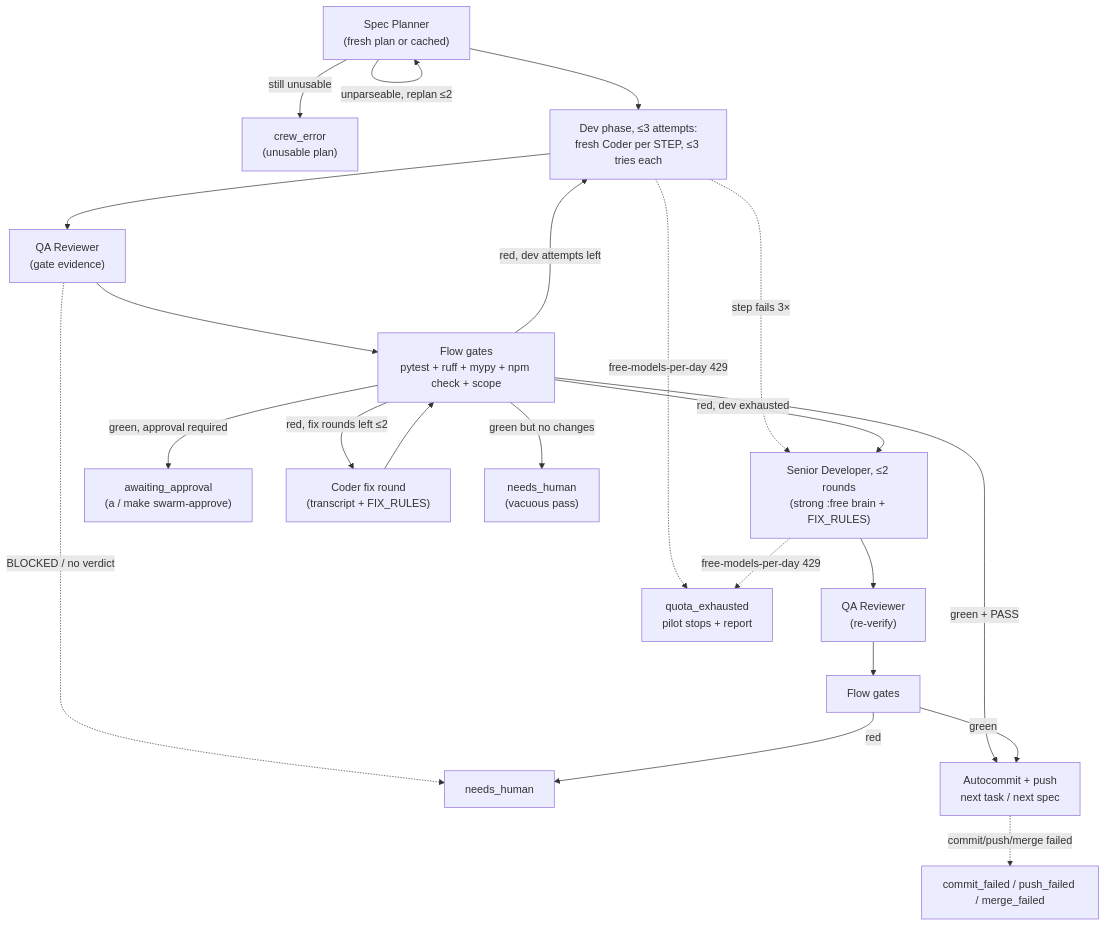
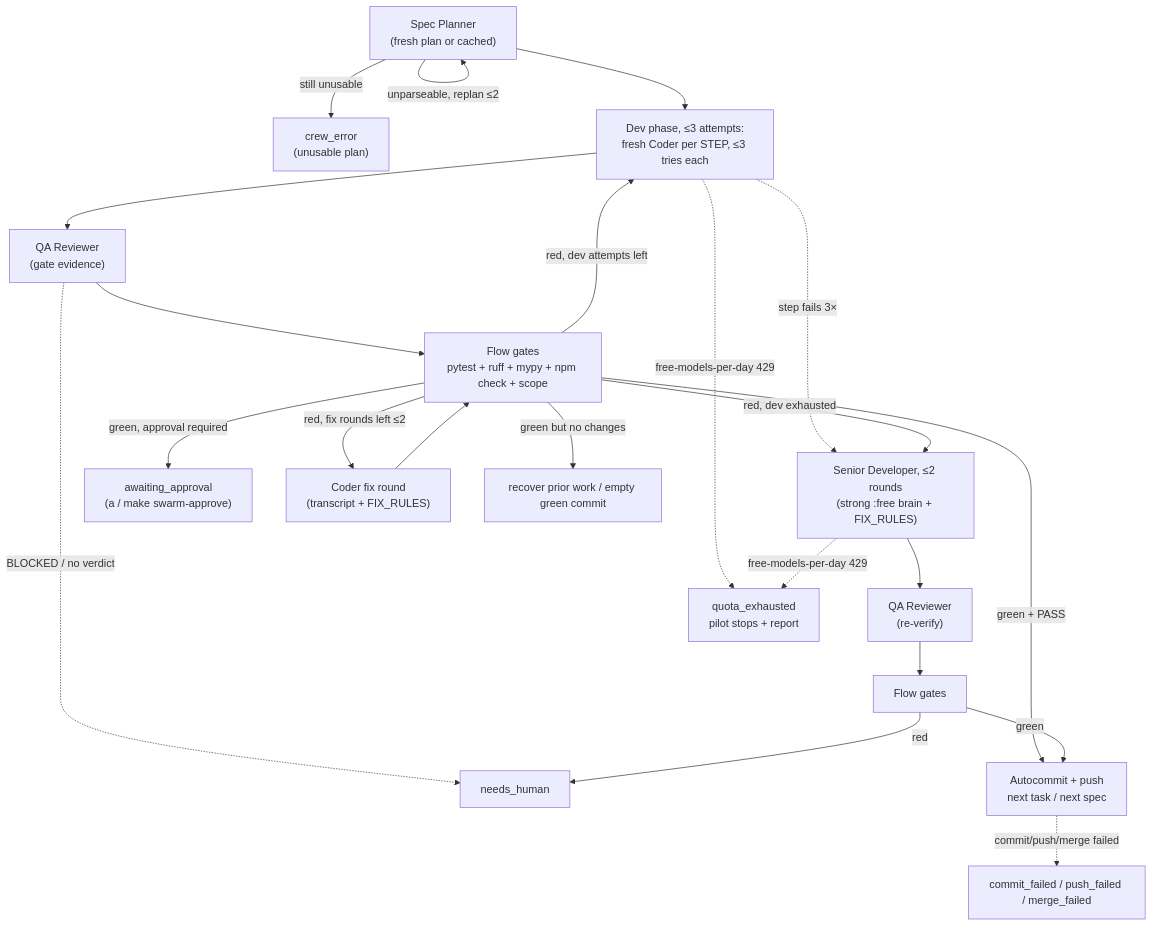
Before and after one commit to handleman/comfort-walking-router: the diagram in swarm/README.md, drawn with Mermaid. The commit also changed other lines of this file and 3 other files, not shown here.

````diff
--- a/swarm/README.md
+++ b/swarm/README.md
@@ -379,24 +383,24 @@
 ```mermaid
 flowchart TB
     P["Spec Planner<br/>(fresh plan or cached)"] --> STEPS["Dev phase, ≤3 attempts:<br/>fresh Coder per STEP, ≤3 tries each"]
     STEPS -.->|step fails 3×| SENIOR
     STEPS --> REV["QA Reviewer<br/>(gate evidence)"]
     REV --> GATES["Flow gates<br/>pytest + ruff + mypy + npm check + scope"]
     REV -.->|BLOCKED / no verdict| HUMAN
     GATES -->|green + PASS| COMMIT["Autocommit + push<br/>next task / next spec"]
     COMMIT -.->|commit/push/merge failed| CF["commit_failed / push_failed / merge_failed"]
     GATES -->|green, approval required| APPROVE["awaiting_approval<br/>(a / make swarm-approve)"]
     GATES -->|red, fix rounds left ≤2| FIX["Coder fix round<br/>(transcript + FIX_RULES)"]
     FIX --> GATES
     GATES -->|red, dev attempts left| STEPS
     GATES -->|red, dev exhausted| SENIOR["Senior Developer, ≤2 rounds<br/>(strong :free brain + FIX_RULES)"]
     SENIOR --> REV2["QA Reviewer<br/>(re-verify)"]
     REV2 --> GATES2["Flow gates"]
     GATES2 -->|green| COMMIT
     GATES2 -->|red| HUMAN["needs_human"]
-    GATES -->|green but no changes| VACANT["needs_human<br/>(vacuous pass)"]
+    GATES -->|green but no changes| VACANT["recover prior work / empty green commit"]
     P -->|unparseable, replan ≤2| P
     P -->|still unusable| PLANFAIL["crew_error<br/>(unusable plan)"]
     STEPS -.->|free-models-per-day 429| Q["quota_exhausted<br/>pilot stops + report"]
     SENIOR -.->|free-models-per-day 429| Q
 ```
````
